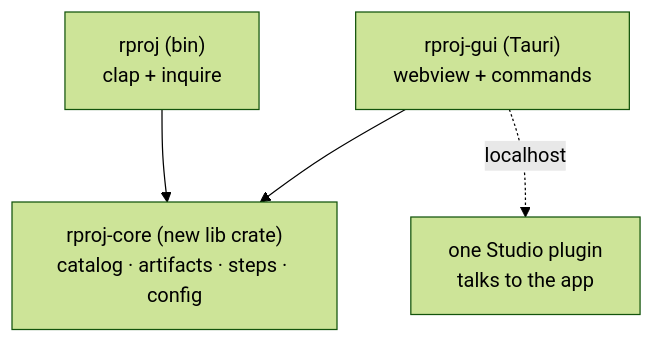
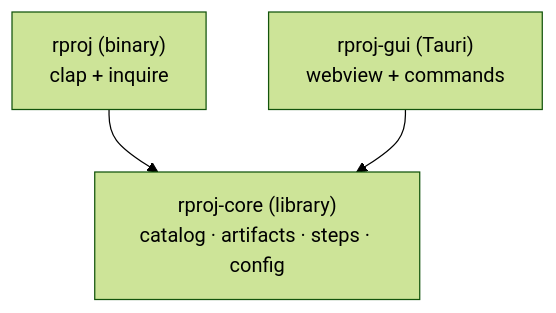
One commit to chatarabdelilah/rproj changed the diagram in docs/plan.md. Above: the diagram before and after it, drawn with Mermaid (forest theme). The commit also changed other lines of this file, not shown here.

First line of the commit message:
plan: defer the GUI, cut the plugin rewrite, record the testing decision

````diff
--- a/docs/plan.md
+++ b/docs/plan.md
@@ -227,11 +247,9 @@
 ```mermaid
 graph TD
-    core["rproj-core (new lib crate)<br/>catalog · artifacts · steps · config"]
-    cli["rproj (bin)<br/>clap + inquire"]
+    core["rproj-core (library)<br/>catalog · artifacts · steps · config"]
+    cli["rproj (binary)<br/>clap + inquire"]
     gui["rproj-gui (Tauri)<br/>webview + commands"]
-    plugin["one Studio plugin<br/>talks to the app"]
 
     cli --> core
     gui --> core
-    gui -.->|localhost| plugin
 ```
````
